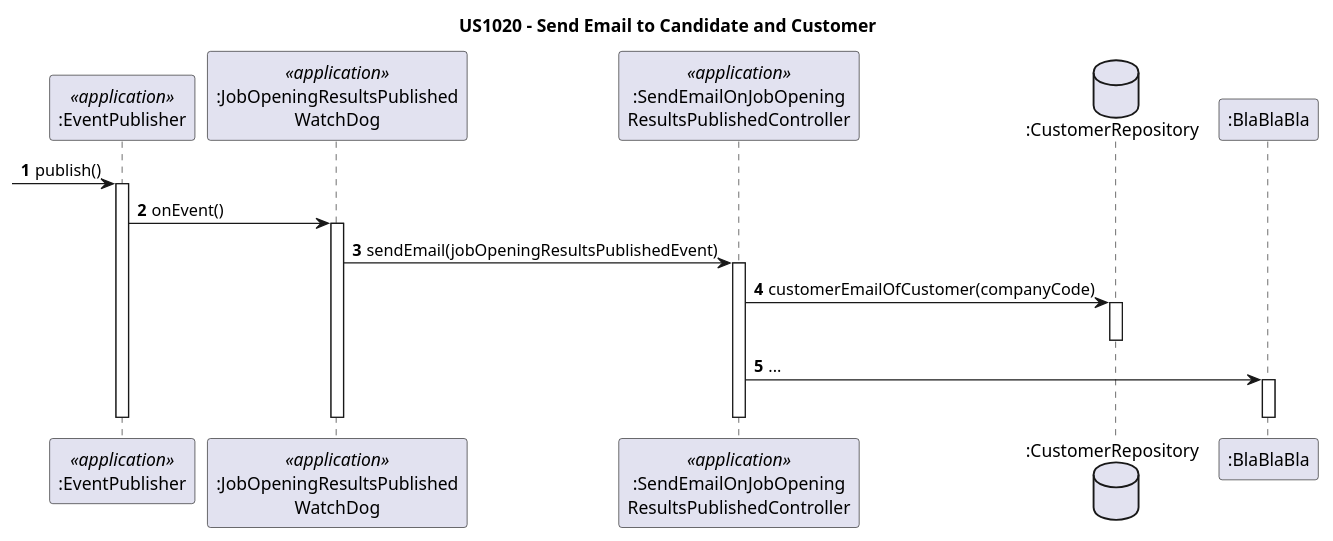
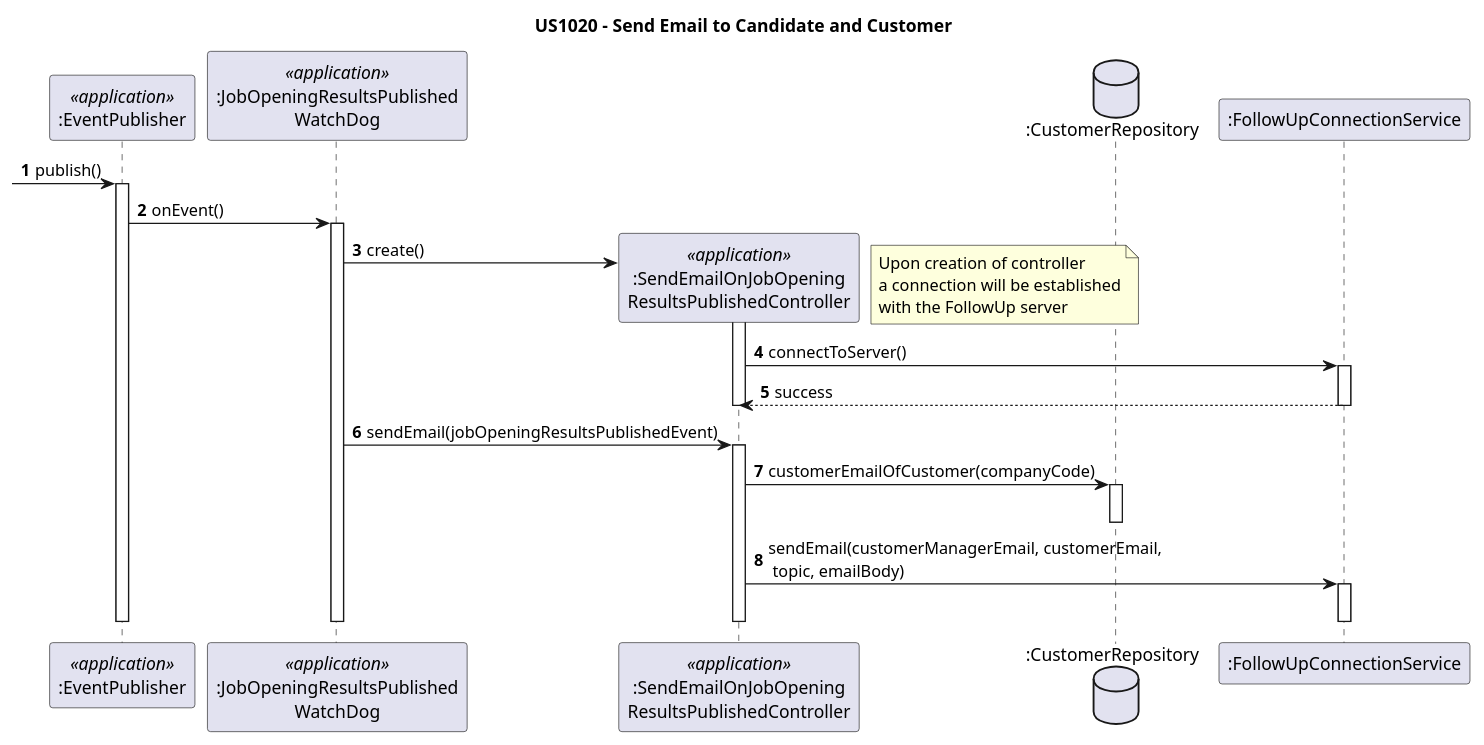
Before and after one commit to rita-barbosa/LAPR4-2324: the diagram in docs/sprint-c/us_1020/design-diagrams/sequence-diagram-job-opening-results-published.puml, drawn with PlantUML. The commit also changed 7 other files, not shown here.

Commit message:
docs: updates sequence diagrams of us1020. [#178]

```diff
--- a/docs/sprint-c/us_1020/design-diagrams/sequence-diagram-job-opening-results-published.puml
+++ b/docs/sprint-c/us_1020/design-diagrams/sequence-diagram-job-opening-results-published.puml
@@ -1,42 +1,56 @@
 @startuml
 autonumber
 
 title US1020 - Send Email to Candidate and Customer
 
 
 participant ":EventPublisher" as EP <<application>>
 participant ":JobOpeningResultsPublished\nWatchDog" as WD <<application>>
 participant ":SendEmailOnJobOpening\nResultsPublishedController" as CTRL_EVENT <<application>>
 database ":CustomerRepository" as C_REPO
-participant ":BlaBlaBla" as ENTITY
+participant ":FollowUpConnectionService" as ENTITY
 
 
  -> EP : publish()
 activate EP
 
 EP -> WD: onEvent()
 activate WD
+
+WD -> CTRL_EVENT**: create()
+activate CTRL_EVENT
+
+note right
+Upon creation of controller
+a connection will be established
+with the FollowUp server
+end note
+
+CTRL_EVENT -> ENTITY: connectToServer()
+activate ENTITY
+
+ENTITY --> CTRL_EVENT : success
+deactivate ENTITY
+deactivate CTRL_EVENT
 
 WD -> CTRL_EVENT: sendEmail(jobOpeningResultsPublishedEvent)
 activate CTRL_EVENT
 
 CTRL_EVENT -> C_REPO: customerEmailOfCustomer(companyCode)
 activate C_REPO
 deactivate C_REPO
 
 
-
-
-CTRL_EVENT -> ENTITY: ...
+CTRL_EVENT -> ENTITY: sendEmail(customerManagerEmail, customerEmail,\n topic, emailBody)
 activate ENTITY
 
 
 deactivate ENTITY
 
 deactivate WD
 deactivate EP
 deactivate CTRL_EVENT
 'deactivate EMS
 
 
 @enduml
```
